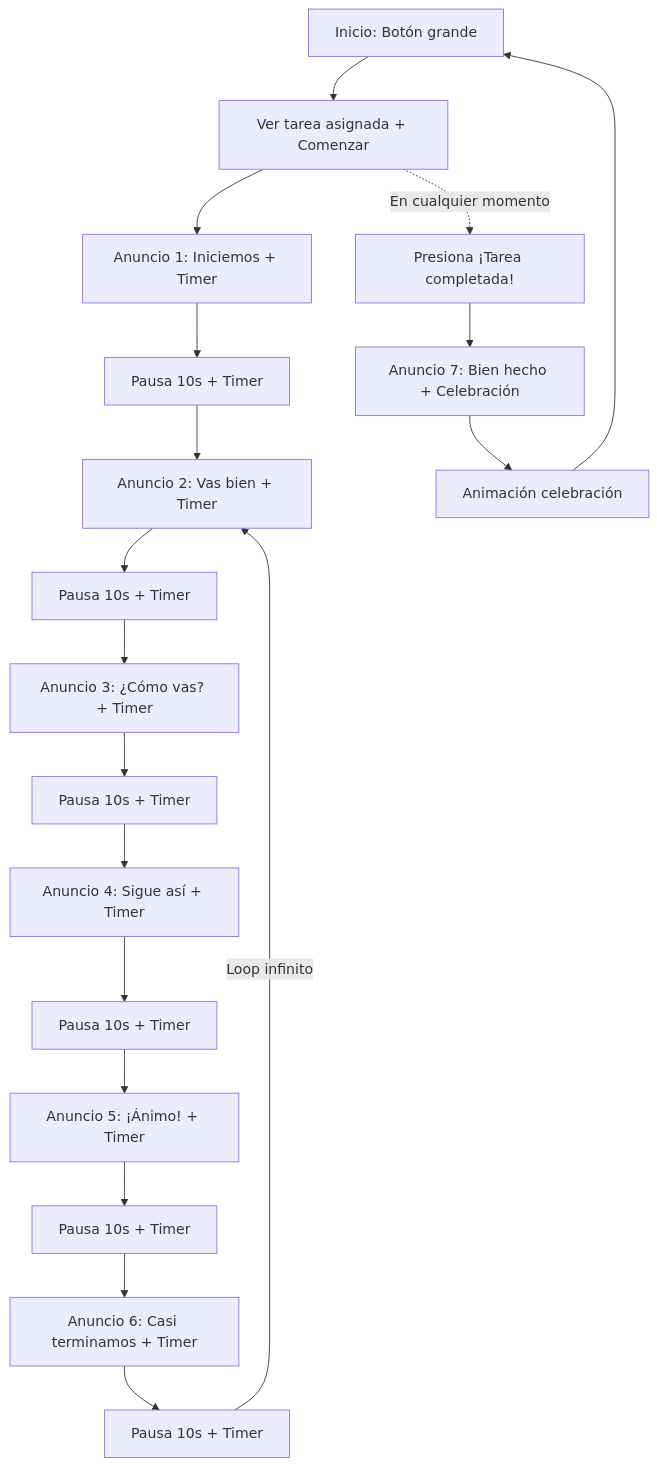
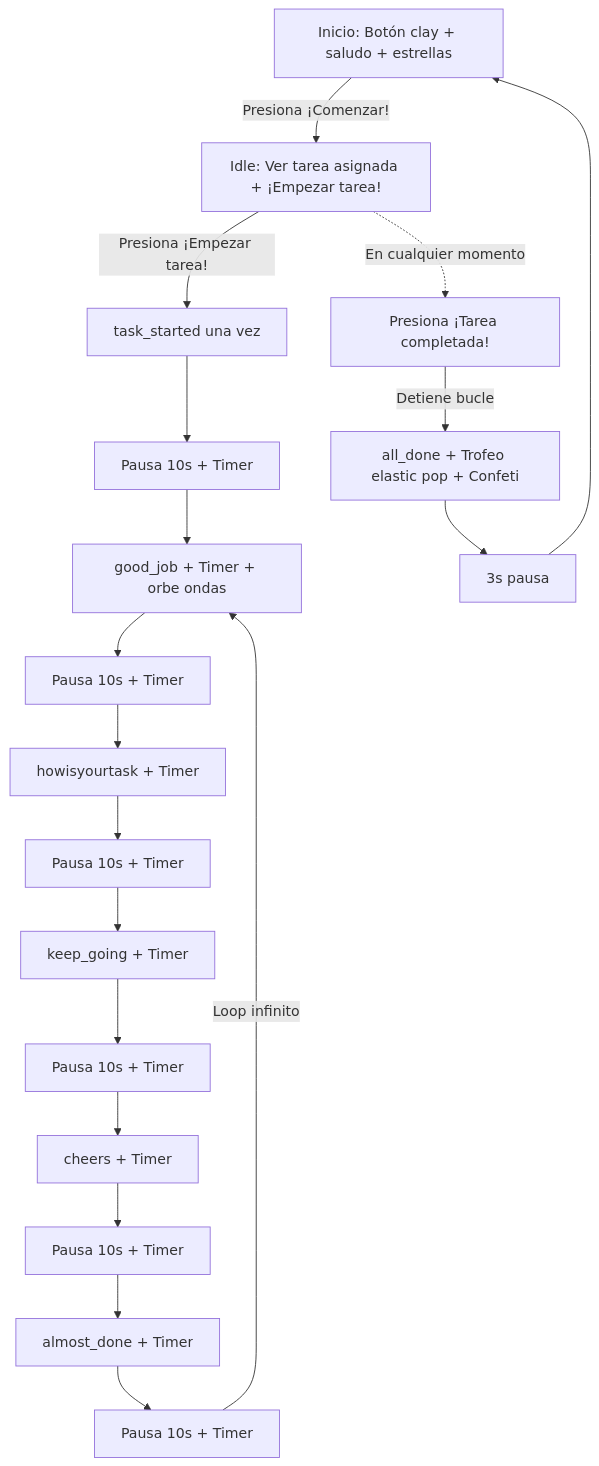
The first of 2 diagrams in _bmad-output/planning/ux-design-specification.md (gtorresrdz64/sarah_app), drawn with Mermaid before and after one commit. The commit also changed other lines of this file and 12 other files, not shown here.

````diff
--- a/_bmad-output/planning/ux-design-specification.md
+++ b/_bmad-output/planning/ux-design-specification.md
@@ -204,21 +227,21 @@
 ```mermaid
 graph TD
-    A[Inicio: Botón grande] --> B[Ver tarea asignada + Comenzar]
-    B --> C[Anuncio 1: Iniciemos + Timer]
+    A[Inicio: Botón clay + saludo + estrellas] -->|Presiona ¡Comenzar!| B[Idle: Ver tarea asignada + ¡Empezar tarea!]
+    B -->|Presiona ¡Empezar tarea!| C[task_started una vez]
     C --> D[Pausa 10s + Timer]
-    D --> E[Anuncio 2: Vas bien + Timer]
+    D --> E[good_job + Timer + orbe ondas]
     E --> F[Pausa 10s + Timer]
-    F --> G[Anuncio 3: ¿Cómo vas? + Timer]
+    F --> G[howisyourtask + Timer]
     G --> H[Pausa 10s + Timer]
-    H --> I[Anuncio 4: Sigue así + Timer]
+    H --> I[keep_going + Timer]
     I --> J[Pausa 10s + Timer]
-    J --> K[Anuncio 5: ¡Ánimo! + Timer]
+    J --> K[cheers + Timer]
     K --> L[Pausa 10s + Timer]
-    L --> M[Anuncio 6: Casi terminamos + Timer]
+    L --> M[almost_done + Timer]
     M --> N[Pausa 10s + Timer]
     N -->|Loop infinito| E
     B -.->|En cualquier momento| O[Presiona ¡Tarea completada!]
-    O --> P[Anuncio 7: Bien hecho + Celebración]
-    P --> Q[Animación celebración]
+    O -->|Detiene bucle| P[all_done + Trofeo elastic pop + Confeti]
+    P --> Q[3s pausa]
     Q --> A
 ```
````
